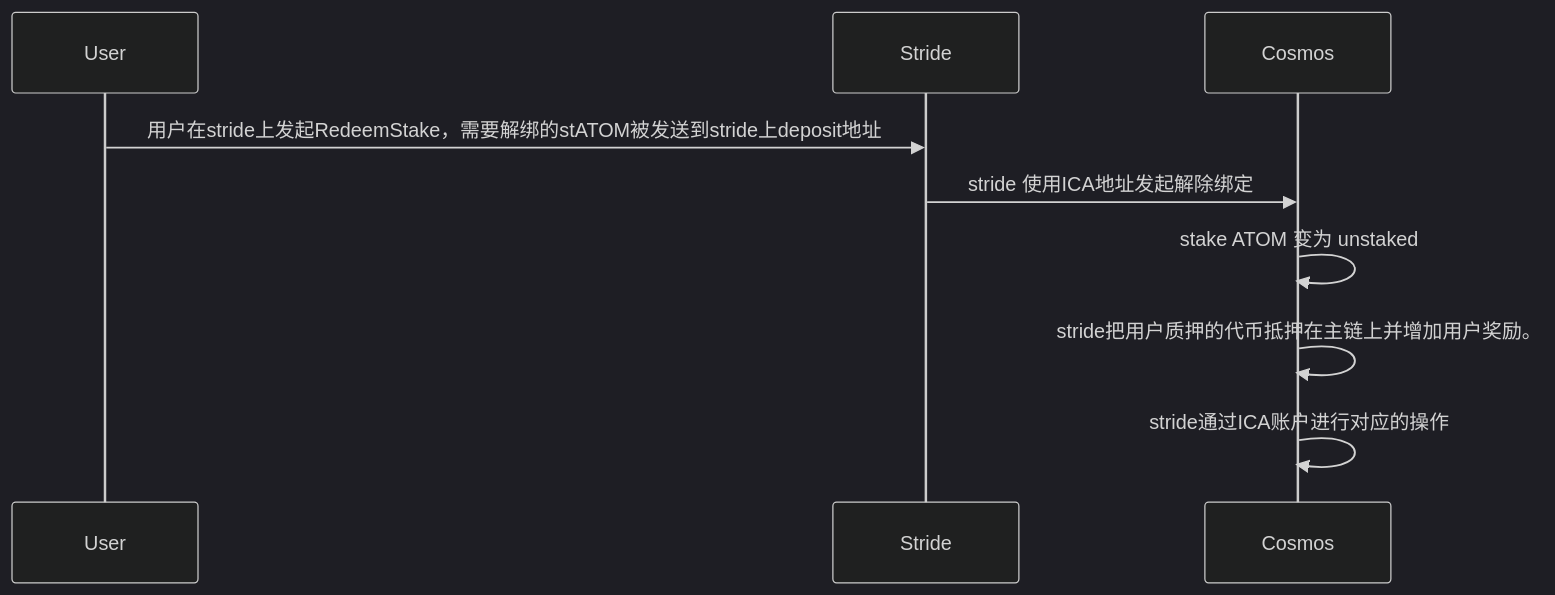
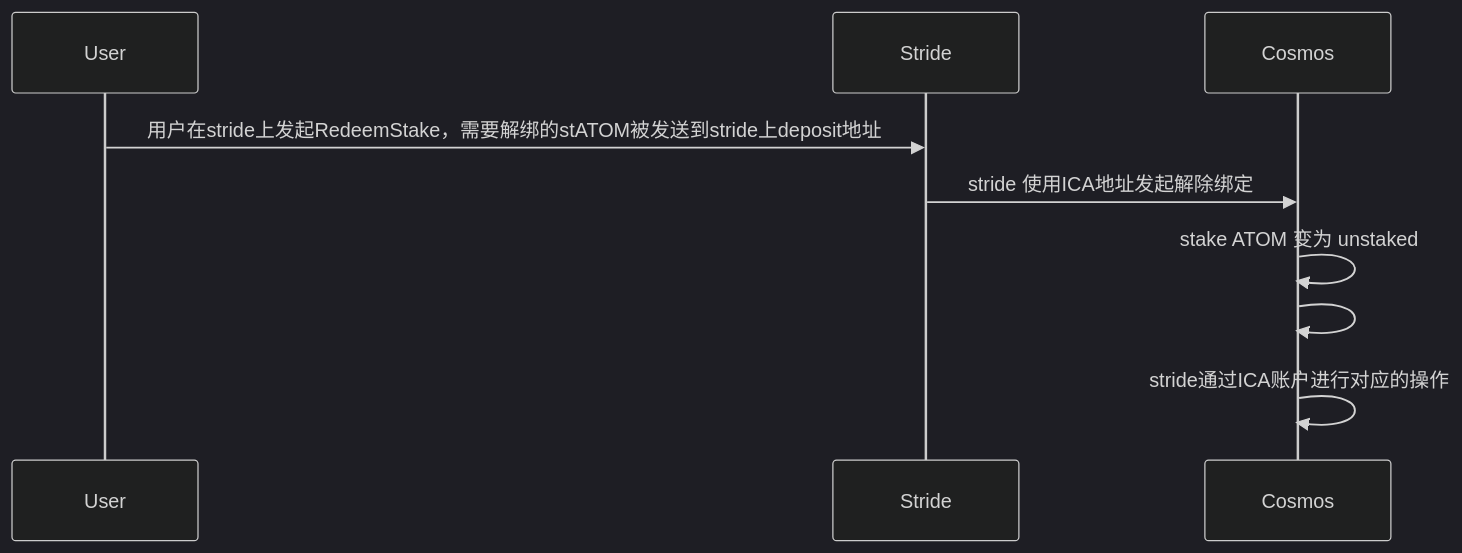
Before and after one commit to yingjianzh/iodraw-files: the diagram in all/unbonding.md, drawn with Mermaid (dark theme).

Commit message:
2024-03-28 15:32:40 update

````diff
--- a/all/unbonding.md
+++ b/all/unbonding.md
@@ -1,8 +1,8 @@
 ```mermaid
 sequenceDiagram
     User->>Stride: 用户在stride上发起RedeemStake，需要解绑的stATOM被发送到stride上deposit地址
     Stride->>Cosmos: stride 使用ICA地址发起解除绑定
     Cosmos->>Cosmos: stake ATOM 变为 unstaked
-    Cosmos->>Cosmos: stride把用户质押的代币抵押在主链上并增加用户奖励。
+    Cosmos->>Cosmos: 
     Cosmos->>Cosmos: stride通过ICA账户进行对应的操作
 ```
````
